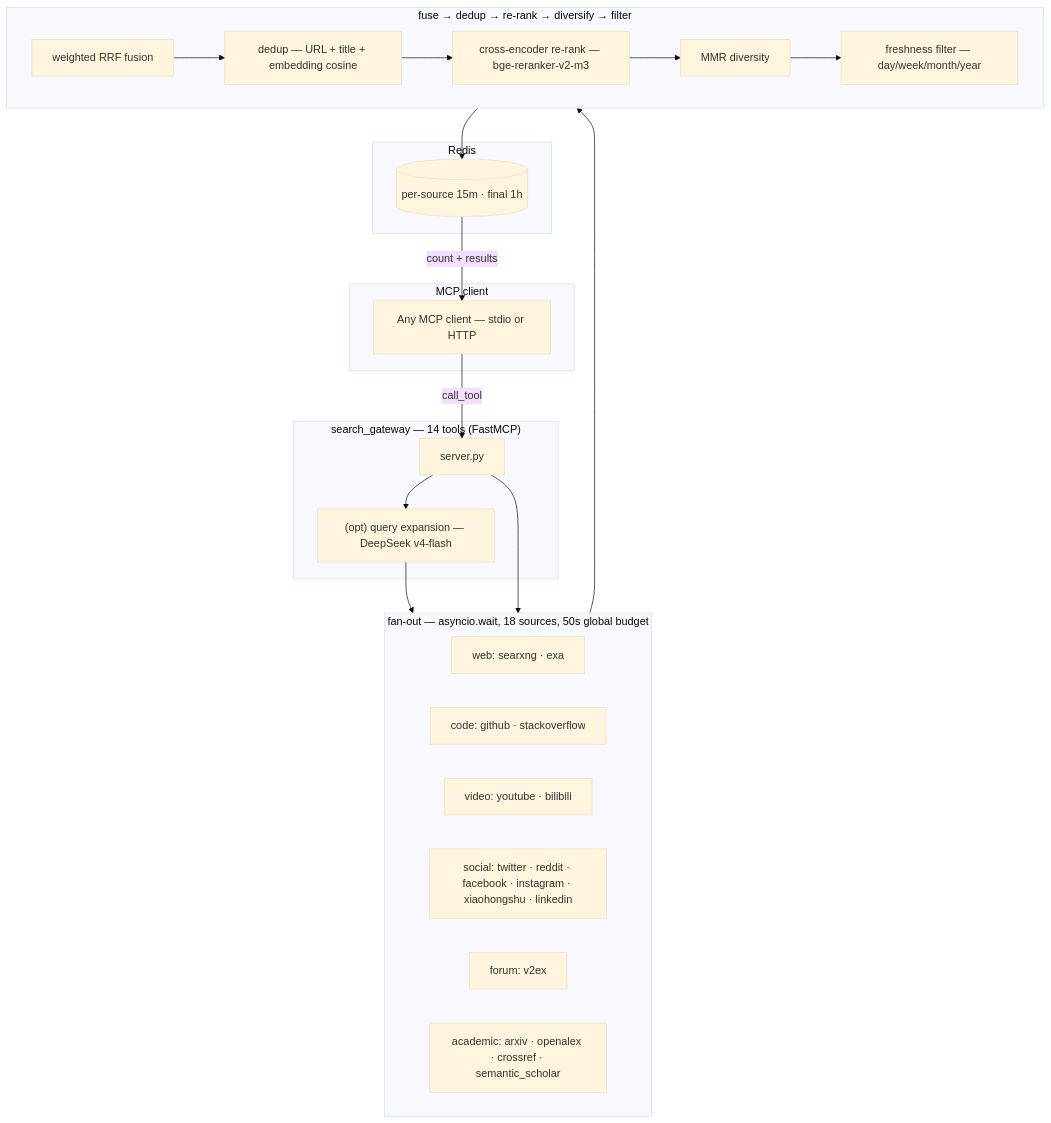
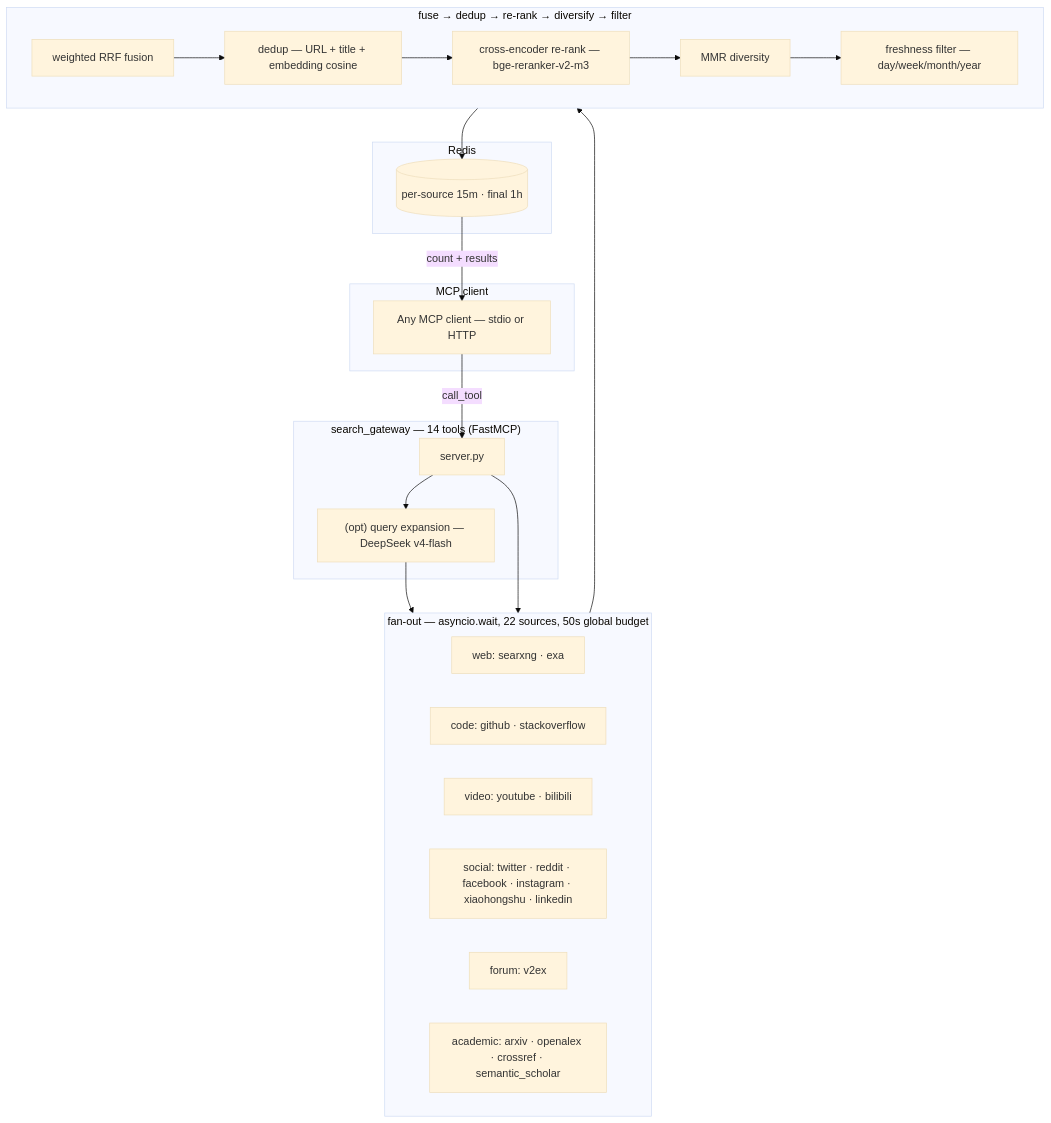
The first of 3 diagrams in README.md (kbjama8/search-gateway), drawn with Mermaid (base theme) before and after one commit. The commit also changed other lines of this file and 47 other files, not shown here.

````diff
--- a/README.md
+++ b/README.md
@@ -52,41 +52,41 @@
 ```mermaid
 flowchart TD
     subgraph Client["MCP client"]
         C["Any MCP client — stdio or HTTP"]
     end
 
     subgraph Gateway["search_gateway — 14 tools (FastMCP)"]
         S["server.py"]
         Q["(opt) query expansion — DeepSeek v4-flash"]
         S --> Q
     end
 
-    subgraph FanOut["fan-out — asyncio.wait, 18 sources, 50s global budget"]
+    subgraph FanOut["fan-out — asyncio.wait, 22 sources, 50s global budget"]
         direction LR
         SRC1["web: searxng · exa"]
         SRC2["code: github · stackoverflow"]
         SRC3["video: youtube · bilibili"]
         SRC4["social: twitter · reddit · facebook · instagram · xiaohongshu · linkedin"]
         SRC5["forum: v2ex"]
         SRC6["academic: arxiv · openalex · crossref · semantic_scholar"]
     end
 
     subgraph Refine["fuse → dedup → re-rank → diversify → filter"]
         direction LR
         R["weighted RRF fusion"] --> D["dedup — URL + title + embedding cosine"]
         D --> X["cross-encoder re-rank — bge-reranker-v2-m3"]
         X --> M["MMR diversity"]
         M --> FR["freshness filter — day/week/month/year"]
     end
 
     subgraph Cache["Redis"]
         CA[("per-source 15m · final 1h")]
     end
 
     C -->|"call_tool"| S
     Q --> FanOut
     S --> FanOut
     FanOut --> R
     FR --> CA
     CA -->|"count + results"| C
 ```
````
